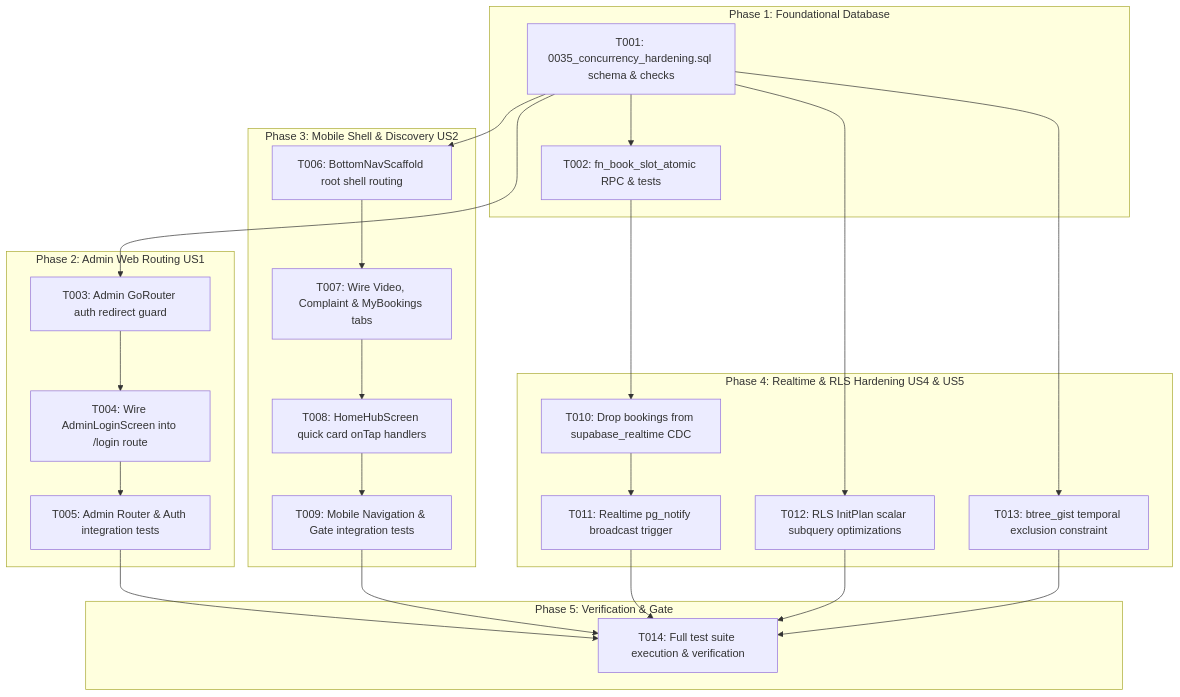
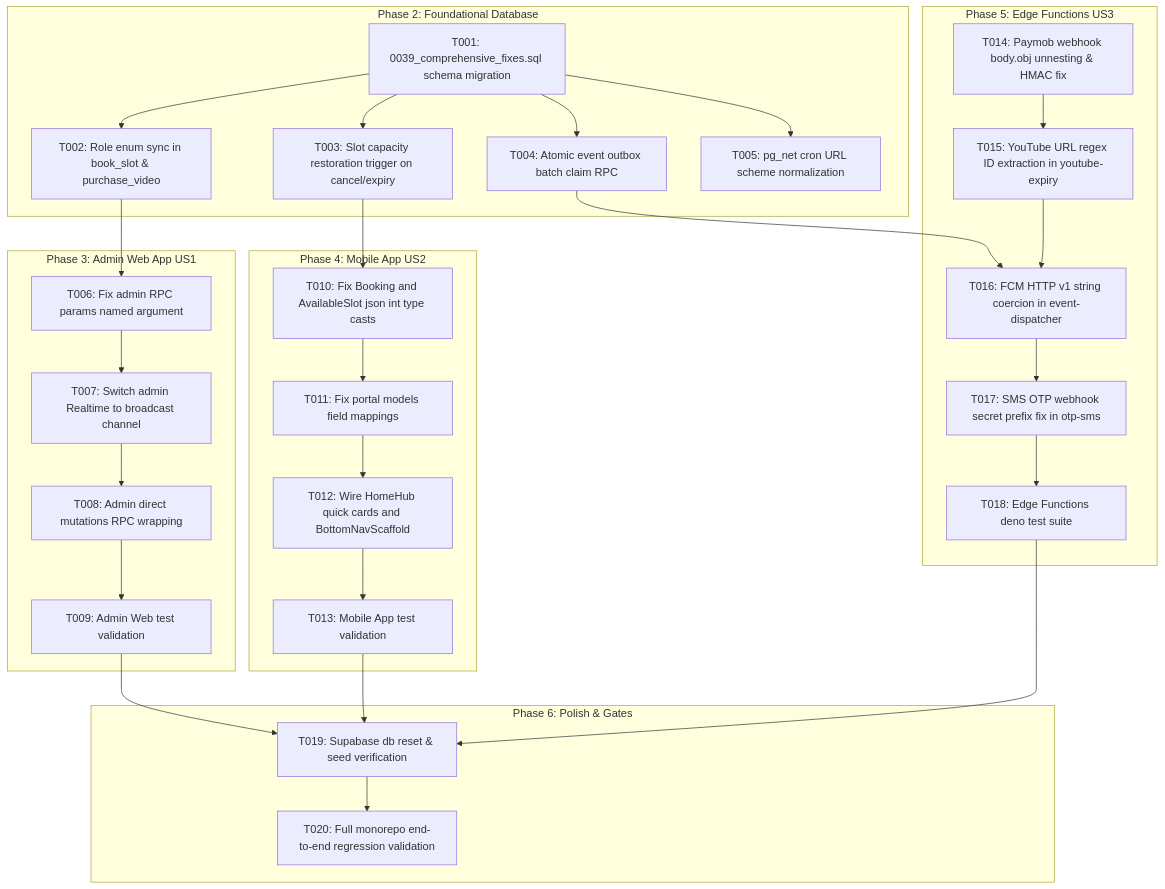
The diagram in specs/002-fix-concurrency-and-routing/tasks.md (Kerollosmm/church-digital-platform), drawn with Mermaid before and after one commit. The commit also changed other lines of this file and 45 other files, not shown here.

First line of the commit message:
feat(security,backend,apps): comprehensive hardening, booking intake seam, and diagnostic audit engine

````diff
--- a/specs/002-fix-concurrency-and-routing/tasks.md
+++ b/specs/002-fix-concurrency-and-routing/tasks.md
@@ -15,45 +11,51 @@
 ```mermaid
 graph TD
-    subgraph Phase 1: Foundational Database
-        T01[T001: 0035_concurrency_hardening.sql schema & checks]
-        T02[T002: fn_book_slot_atomic RPC & tests]
+    subgraph Phase 2: Foundational Database
+        T001[T001: 0039_comprehensive_fixes.sql schema migration]
+        T002[T002: Role enum sync in book_slot & purchase_video]
+        T003[T003: Slot capacity restoration trigger on cancel/expiry]
+        T004[T004: Atomic event outbox batch claim RPC]
+        T005[T005: pg_net cron URL scheme normalization]
     end
 
-    subgraph Phase 2: Admin Web Routing US1
-        T03[T003: Admin GoRouter auth redirect guard]
-        T04[T004: Wire AdminLoginScreen into /login route]
-        T05[T005: Admin Router & Auth integration tests]
+    subgraph Phase 3: Admin Web App US1
+        T006[T006: Fix admin RPC params named argument]
+        T007[T007: Switch admin Realtime to broadcast channel]
+        T008[T008: Admin direct mutations RPC wrapping]
+        T009[T009: Admin Web test validation]
     end
 
-    subgraph Phase 3: Mobile Shell & Discovery US2
-        T06[T006: BottomNavScaffold root shell routing]
-        T07[T007: Wire Video, Complaint & MyBookings tabs]
-        T08[T008: HomeHubScreen quick card onTap handlers]
-        T09[T009: Mobile Navigation & Gate integration tests]
+    subgraph Phase 4: Mobile App US2
+        T010[T010: Fix Booking and AvailableSlot json int type casts]
+        T011[T011: Fix portal models field mappings]
+        T012[T012: Wire HomeHub quick cards and BottomNavScaffold]
+        T013[T013: Mobile App test validation]
     end
 
-    subgraph Phase 4: Realtime & RLS Hardening US4 & US5
-        T10[T010: Drop bookings from supabase_realtime CDC]
-        T11[T011: Realtime pg_notify broadcast trigger]
-        T12[T012: RLS InitPlan scalar subquery optimizations]
-        T13[T013: btree_gist temporal exclusion constraint]
+    subgraph Phase 5: Edge Functions US3
+        T014[T014: Paymob webhook body.obj unnesting & HMAC fix]
+        T015[T015: YouTube URL regex ID extraction in youtube-expiry]
+        T016[T016: FCM HTTP v1 string coercion in event-dispatcher]
+        T017[T017: SMS OTP webhook secret prefix fix in otp-sms]
+        T018[T018: Edge Functions deno test suite]
     end
 
-    subgraph Phase 5: Verification & Gate
-        T14[T014: Full test suite execution & verification]
+    subgraph Phase 6: Polish & Gates
+        T019[T019: Supabase db reset & seed verification]
+        T020[T020: Full monorepo end-to-end regression validation]
     end
 
-    T01 --> T02
-    T01 --> T03
-    T01 --> T06
-    T03 --> T04 --> T05
-    T06 --> T07 --> T08 --> T09
-    T02 --> T10 --> T11
-    T01 --> T12
-    T01 --> T13
-    T05 --> T14
-    T09 --> T14
-    T11 --> T14
-    T12 --> T14
-    T13 --> T14
+    T001 --> T002
+    T001 --> T003
+    T001 --> T004
+    T001 --> T005
+    T002 --> T006
+    T003 --> T010
+    T004 --> T016
+    T006 --> T007 --> T008 --> T009
+    T010 --> T011 --> T012 --> T013
+    T014 --> T015 --> T016 --> T017 --> T018
+    T009 --> T019
+    T013 --> T019
+    T018 --> T019 --> T020
 ```
````
